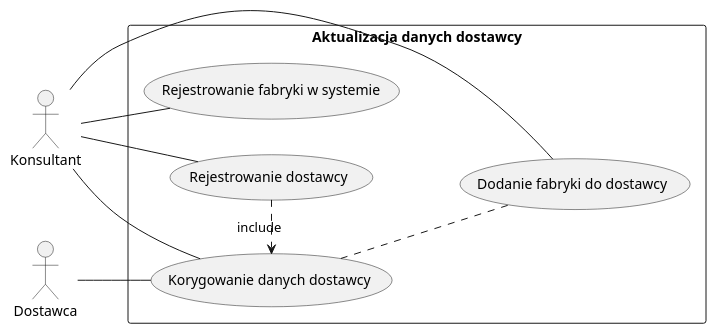
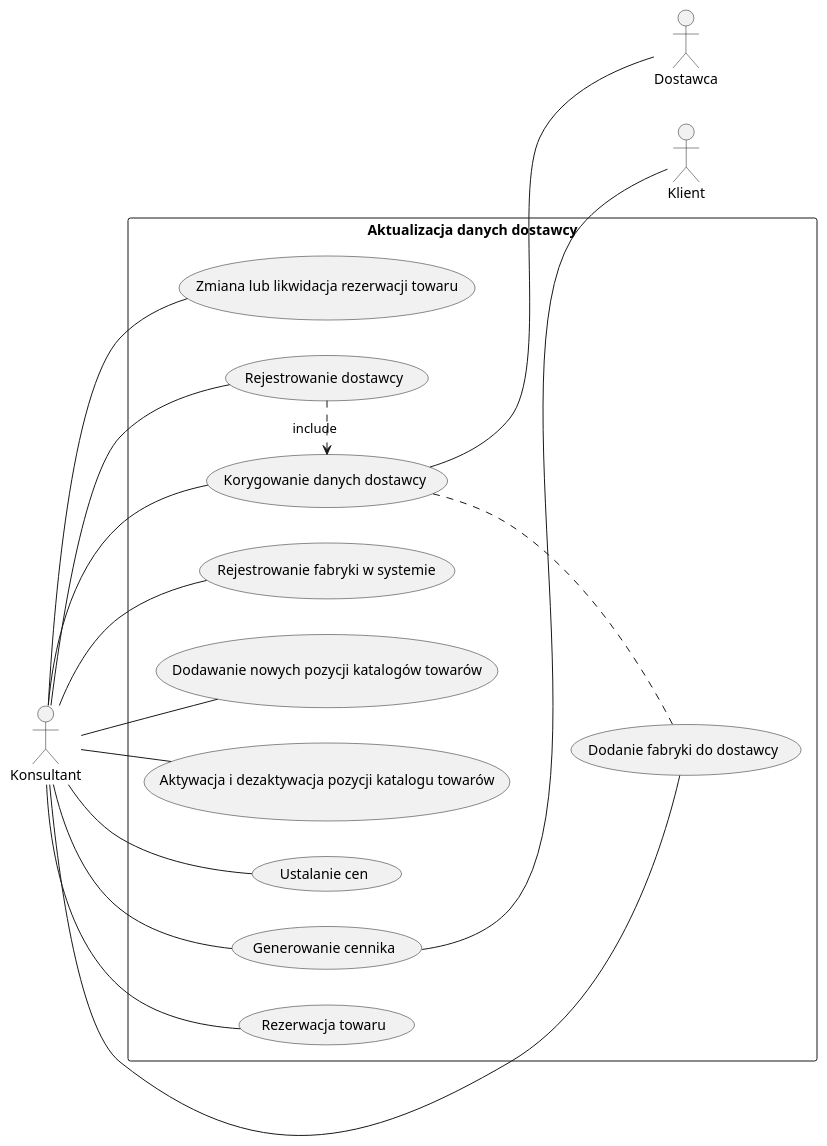
The second of 17 diagrams in src/Projekt systemu.md (pixellos/Agh.5.Psi), drawn with PlantUML before and after one commit. The commit also changed other lines of this file and 5 other files, not shown here.

````diff
--- a/src/Projekt systemu.md
+++ b/src/Projekt systemu.md
@@ -730,17 +729,25 @@
 ```plantuml 2.1.2.1
 @startuml
 left to right direction
 skinparam packageStyle rectangle
 actor Konsultant
 actor Dostawca
+actor Klient
 rectangle "Aktualizacja danych dostawcy" {
-  (Korygowanie danych dostawcy) ..  (Dodanie fabryki do dostawcy)  
-  (Rejestrowanie dostawcy) .> (Korygowanie danych dostawcy) : include
-  Konsultant -- (Rejestrowanie dostawcy)
-  Konsultant -- (Rejestrowanie fabryki w systemie)
-  Konsultant -- (Dodanie fabryki do dostawcy)
-  Konsultant -- (Korygowanie danych dostawcy)
-  Dostawca -- (Korygowanie danych dostawcy)
+    (Korygowanie danych dostawcy) ..  (Dodanie fabryki do dostawcy)
+    (Rejestrowanie dostawcy) .> (Korygowanie danych dostawcy) : include
+    Konsultant -- (Rejestrowanie dostawcy)
+    Konsultant -- (Rejestrowanie fabryki w systemie)
+    Konsultant -- (Dodanie fabryki do dostawcy)
+    Konsultant -- (Korygowanie danych dostawcy)
+    (Korygowanie danych dostawcy) -- Dostawca
+    (Konsultant) -- (Dodawanie nowych pozycji katalogów towarów)
+    (Konsultant) -- (Aktywacja i dezaktywacja pozycji katalogu towarów)
+    (Konsultant) -- (Ustalanie cen)
+    (Konsultant) -- (Generowanie cennika)
+    (Konsultant) -- (Rezerwacja towaru)
+    (Konsultant) -- (Zmiana lub likwidacja rezerwacji towaru)
+    (Generowanie cennika) -- Klient
 }
 @enduml
 ```
````
